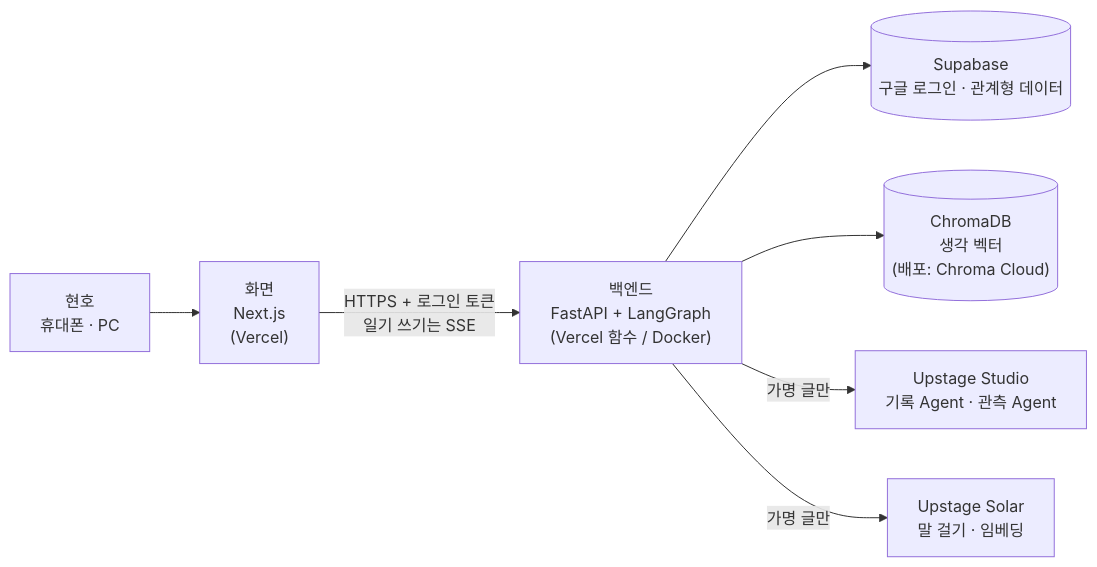
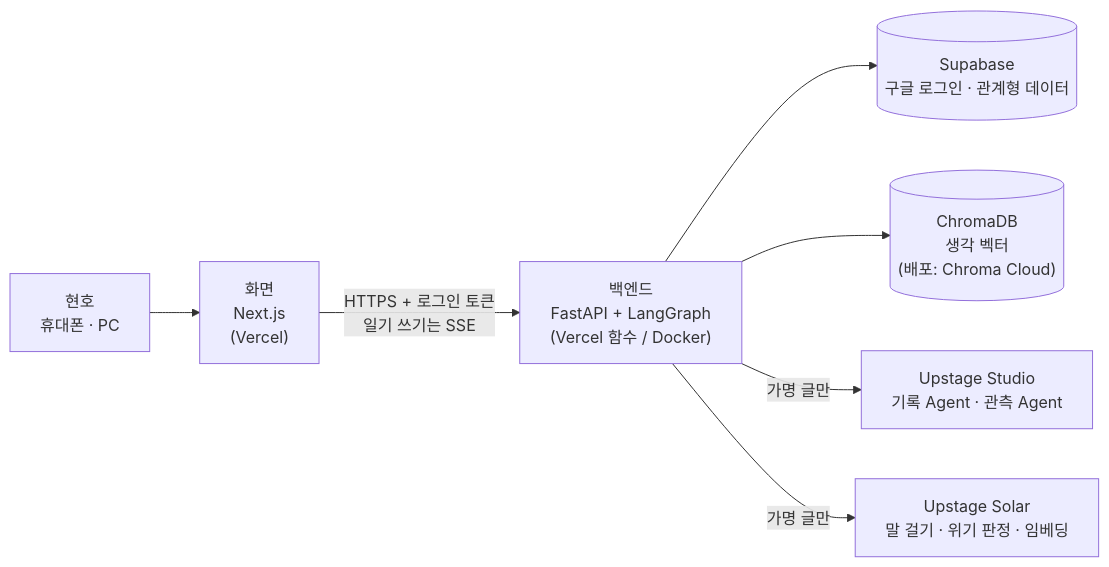
The first of 4 diagrams in docs/tech-explainer-v8.md (Lumiere001/my-universe), drawn with Mermaid before and after one commit. The commit also changed other lines of this file and 3 other files, not shown here.

````diff
--- a/docs/tech-explainer-v8.md
+++ b/docs/tech-explainer-v8.md
@@ -57,9 +85,9 @@
 ```mermaid
 flowchart LR
     U["현호<br/>휴대폰 · PC"] --> FE["화면<br/>Next.js<br/>(Vercel)"]
     FE -- "HTTPS + 로그인 토큰<br/>일기 쓰기는 SSE" --> BE["백엔드<br/>FastAPI + LangGraph<br/>(Vercel 함수 / Docker)"]
     BE --> SB[("Supabase<br/>구글 로그인 · 관계형 데이터")]
     BE --> CH[("ChromaDB<br/>생각 벡터<br/>(배포: Chroma Cloud)")]
     BE -- "가명 글만" --> ST["Upstage Studio<br/>기록 Agent · 관측 Agent"]
-    BE -- "가명 글만" --> SO["Upstage Solar<br/>말 걸기 · 임베딩"]
+    BE -- "가명 글만" --> SO["Upstage Solar<br/>말 걸기 · 위기 판정 · 임베딩"]
 ```
````
